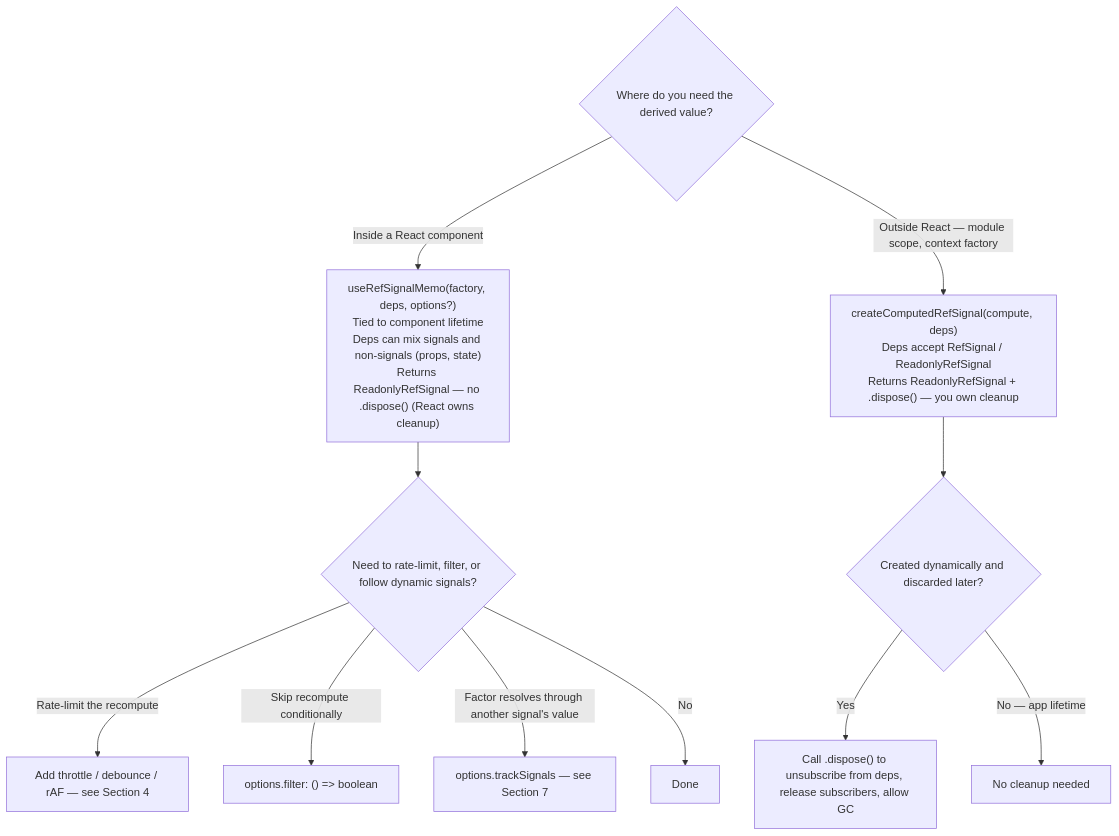
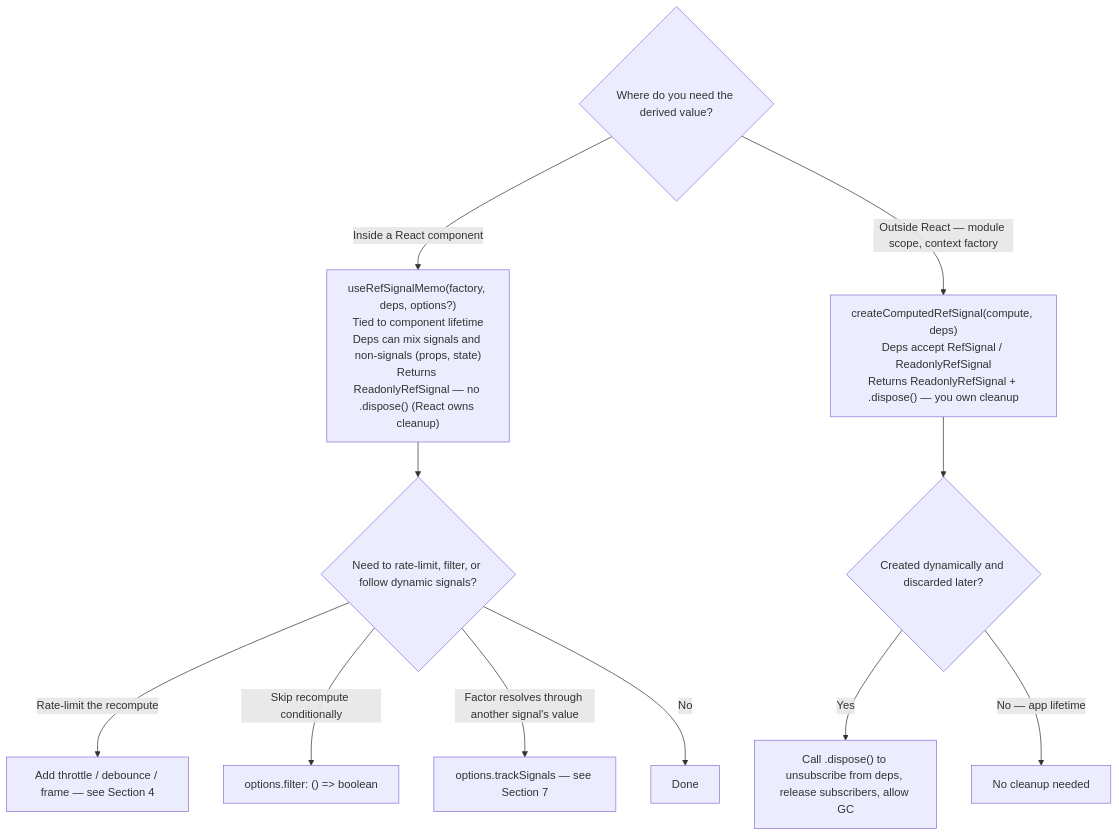
One commit to jav974/react-refsignal changed the sixth of 12 diagrams in docs/decision-tree.md. Above: the diagram before and after it, drawn with Mermaid. The commit also changed other lines of this file and 25 other files, not shown here.

````diff
--- a/docs/decision-tree.md
+++ b/docs/decision-tree.md
@@ -131,17 +131,17 @@
 ```mermaid
 flowchart TD
     Q1{"Where do you need the derived value?"}
 
     Q1 -->|Inside a React component| A["useRefSignalMemo(factory, deps, options?)\nTied to component lifetime\nDeps can mix signals and non-signals (props, state)\nReturns ReadonlyRefSignal — no .dispose() (React owns cleanup)"]
     Q1 -->|"Outside React — module scope, context factory"| B["createComputedRefSignal(compute, deps)\nDeps accept RefSignal / ReadonlyRefSignal\nReturns ReadonlyRefSignal + .dispose() — you own cleanup"]
 
     A --> Q3{"Need to rate-limit, filter, or follow dynamic signals?"}
-    Q3 -->|Rate-limit the recompute| E["Add throttle / debounce / rAF — see Section 4"]
+    Q3 -->|Rate-limit the recompute| E["Add throttle / debounce / frame — see Section 4"]
     Q3 -->|Skip recompute conditionally| F["options.filter: () => boolean"]
     Q3 -->|"Factor resolves through another signal's value"| G["options.trackSignals — see Section 7"]
     Q3 -->|No| H[Done]
 
     B --> Q2{"Created dynamically and discarded later?"}
     Q2 -->|Yes| C["Call .dispose() to unsubscribe from deps, release subscribers, allow GC"]
     Q2 -->|"No — app lifetime"| D[No cleanup needed]
 ```
````
